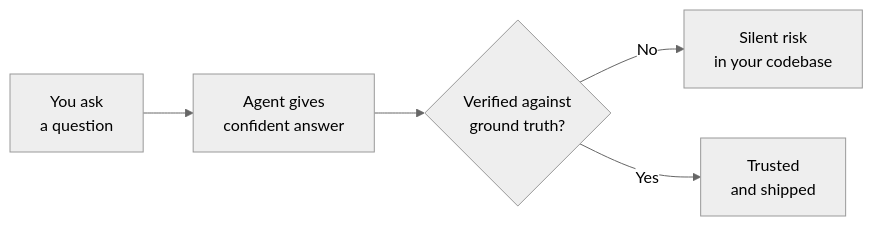
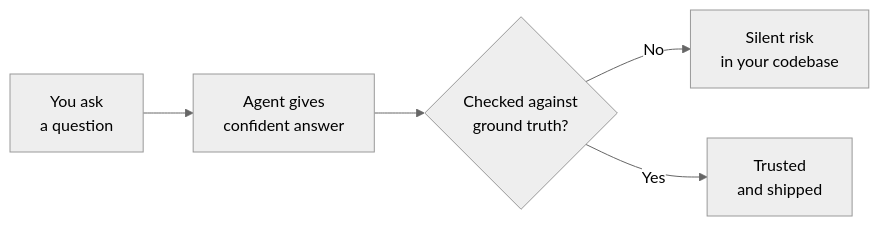
One commit to AutoNateAI/roblox-gamelab-2 changed the diagram in apps/marketplace/content/tutorials/prompt-and-context-engineering/04-when-it-gets-it-wrong.md. Above: the diagram before and after it, drawn with Mermaid (neutral theme). The commit also changed other lines of this file and 130 other files, not shown here.

````diff
--- a/apps/marketplace/content/tutorials/prompt-and-context-engineering/04-when-it-gets-it-wrong.md
+++ b/apps/marketplace/content/tutorials/prompt-and-context-engineering/04-when-it-gets-it-wrong.md
@@ -21,7 +125,7 @@
 ```mermaid
 flowchart LR
   Ask["You ask<br/>a question"] --> Out["Agent gives<br/>confident answer"]
-  Out --> Check{"Verified against<br/>ground truth?"}
+  Out --> Check{"Checked against<br/>ground truth?"}
   Check -->|No| Risk["Silent risk<br/>in your codebase"]
   Check -->|Yes| Safe["Trusted<br/>and shipped"]
 ```
````
